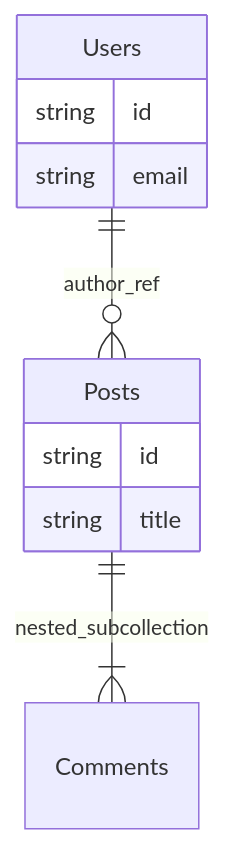
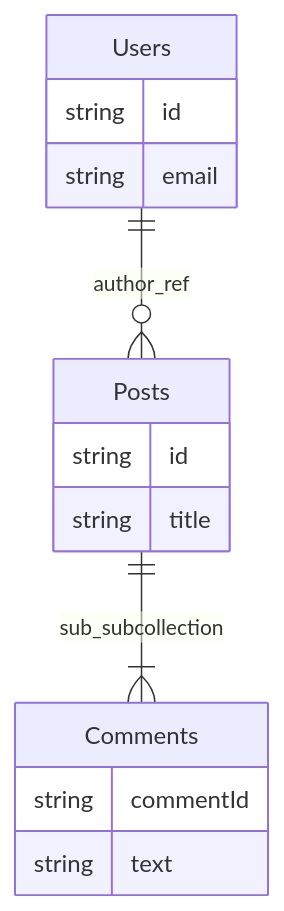
The first of 2 diagrams in README.md (deepakgawade/movie_app_clean), drawn with Mermaid before and after one commit. The commit also changed other lines of this file, not shown here.

First line of the commit message:
Modify ER diagram relationships in README

````diff
--- a/README.md
+++ b/README.md
@@ -4,18 +4,21 @@
 ```mermaid
 
 erDiagram
     Users ||--o{ Posts : "author_ref"
-    Posts ||--|{ Comments : "nested_subcollection"
+    Posts ||--|{ Comments : "sub_subcollection"
     
     Users {
         string id
         string email
     }
     Posts {
         string id
         string title
     }
 
-
+    Comments {
+    string commentId
+    string text
+}
 
 ```
````
